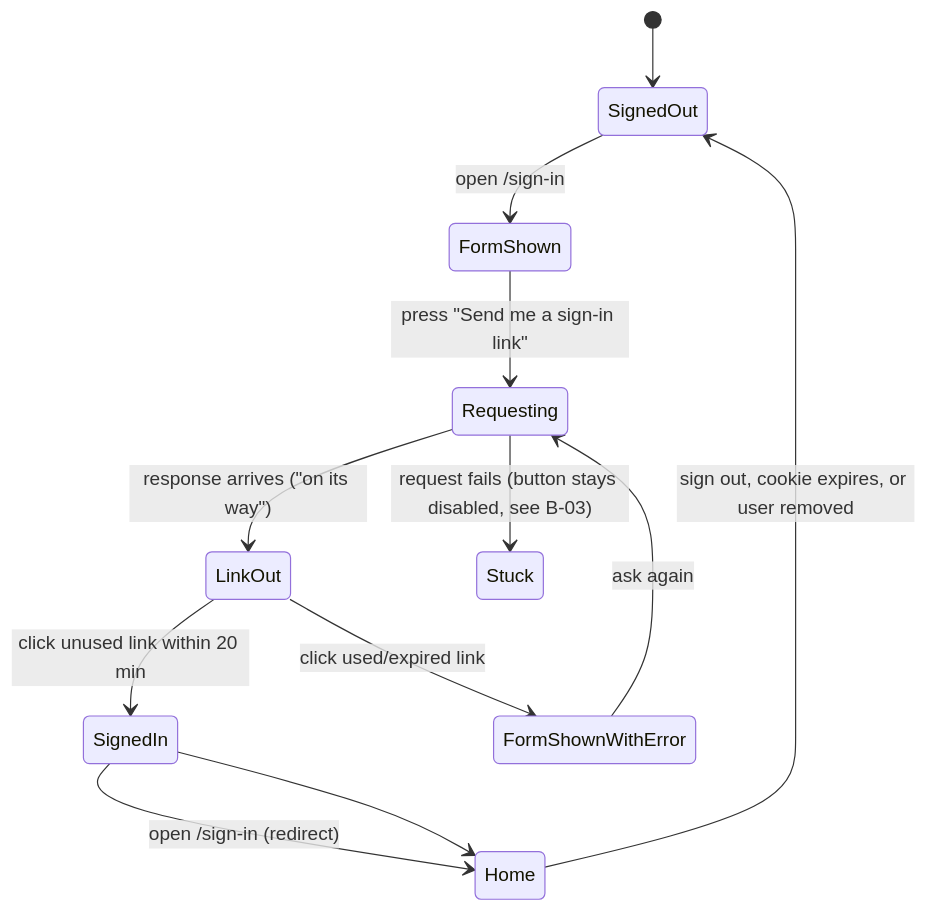
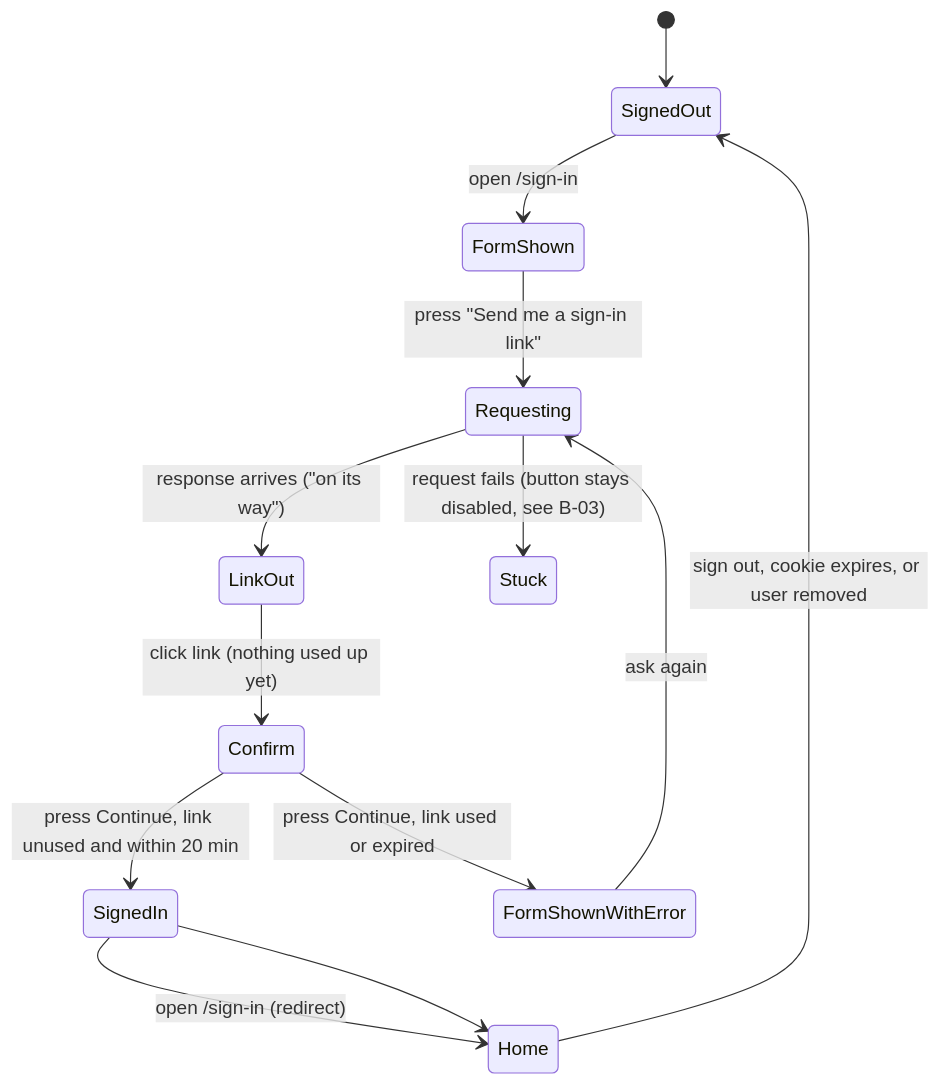
The diagram in docs/product/features/sign-in.md (derekbrimley/aporia), drawn with Mermaid before and after one commit. The commit also changed other lines of this file and 2 other files, not shown here.

First line of the commit message:
docs: update sign-in pilot for the confirm page and mark #11 fixes

````diff
--- a/docs/product/features/sign-in.md
+++ b/docs/product/features/sign-in.md
@@ -48,14 +52,15 @@
 ```mermaid
 stateDiagram-v2
     [*] --> SignedOut
     SignedOut --> FormShown: open /sign-in
     SignedIn --> Home: open /sign-in (redirect)
     FormShown --> Requesting: press "Send me a sign-in link"
     Requesting --> LinkOut: response arrives ("on its way")
     Requesting --> Stuck: request fails (button stays disabled, see B-03)
-    LinkOut --> SignedIn: click unused link within 20 min
-    LinkOut --> FormShownWithError: click used/expired link
+    LinkOut --> Confirm: click link (nothing used up yet)
+    Confirm --> SignedIn: press Continue, link unused and within 20 min
+    Confirm --> FormShownWithError: press Continue, link used or expired
     FormShownWithError --> Requesting: ask again
     SignedIn --> Home
     Home --> SignedOut: sign out, cookie expires, or user removed
 ```
````
